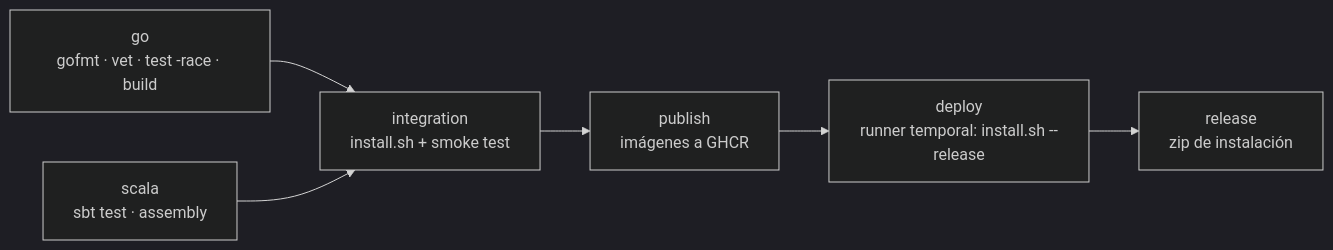
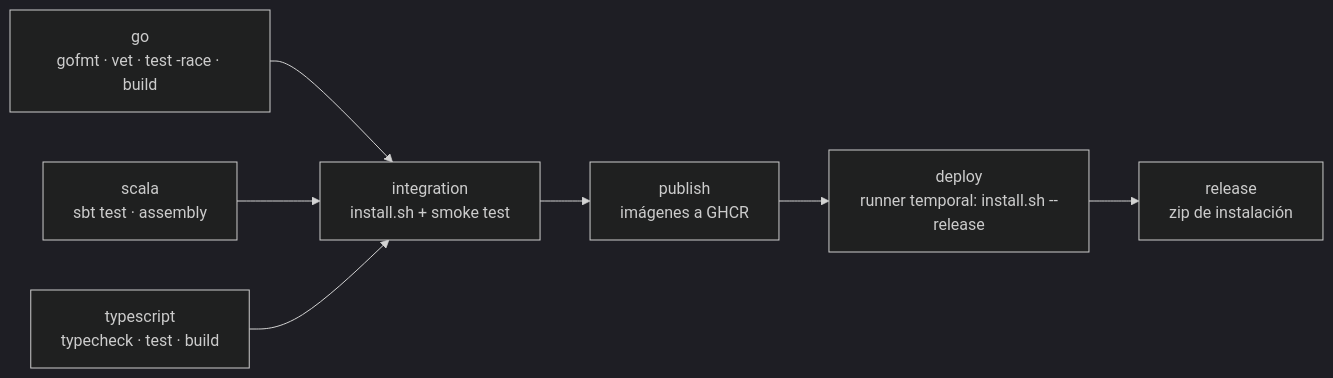
Before and after one commit to Brxck2203/LenguajesProject2: the diagram in docs/despliegue.md, drawn with Mermaid (dark theme). The commit also changed other lines of this file and 45 other files, not shown here.

````diff
--- a/docs/despliegue.md
+++ b/docs/despliegue.md
@@ -85,8 +92,9 @@
 ```mermaid
 flowchart LR
-    A[go<br/>gofmt · vet · test -race · build] --> C[integration<br/>install.sh + smoke test]
-    B[scala<br/>sbt test · assembly] --> C
-    C --> D[publish<br/>imágenes a GHCR]
-    D --> E[deploy<br/>runner temporal: install.sh --release]
-    E --> F[release<br/>zip de instalación]
+    A[go<br/>gofmt · vet · test -race · build] --> D[integration<br/>install.sh + smoke test]
+    B[scala<br/>sbt test · assembly] --> D
+    C[typescript<br/>typecheck · test · build] --> D
+    D --> E[publish<br/>imágenes a GHCR]
+    E --> F[deploy<br/>runner temporal: install.sh --release]
+    F --> G[release<br/>zip de instalación]
 ```
````
